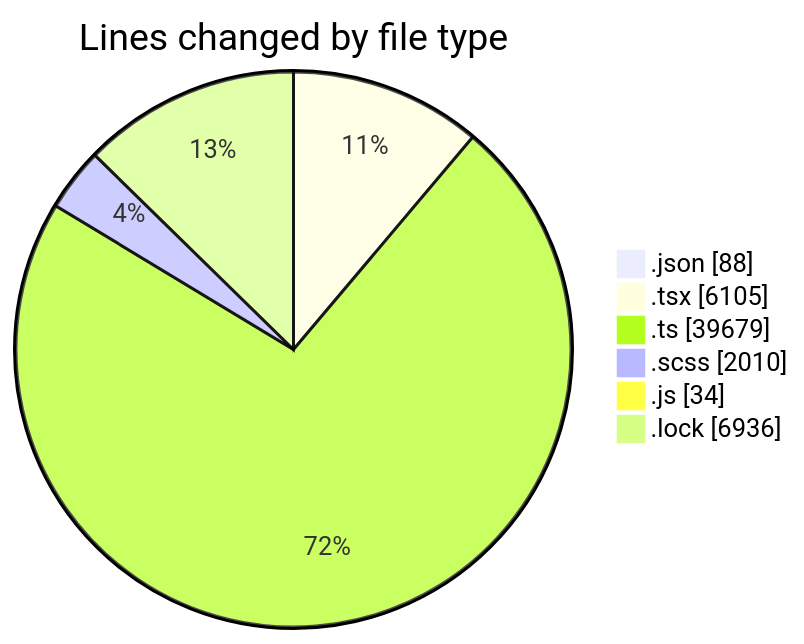
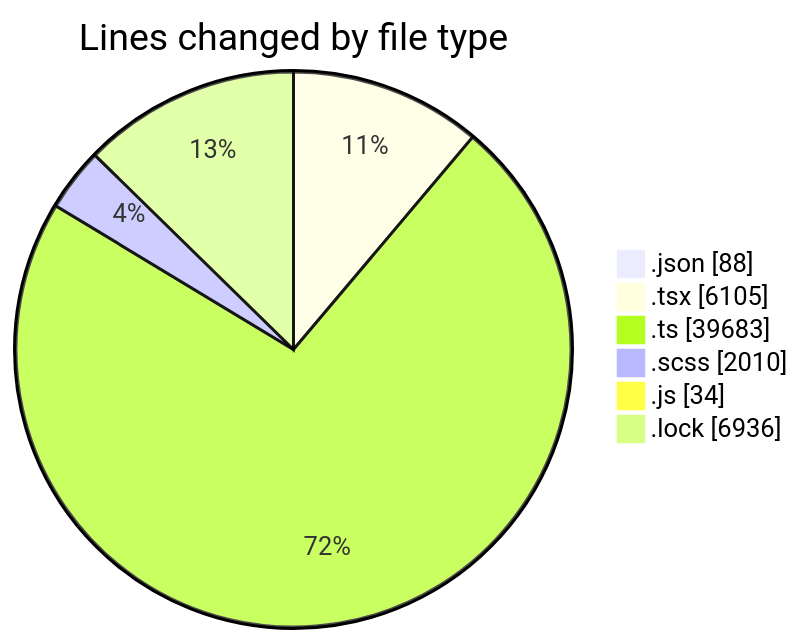
One commit to momahboobian/code-tracking changed the first of 2 diagrams in 2026-10-22/cda/README.md. Above: the diagram before and after it, drawn with Mermaid. The commit also changed other lines of this file and 1 other file, not shown here.

````diff
--- a/2026-10-22/cda/README.md
+++ b/2026-10-22/cda/README.md
@@ -57,10 +57,10 @@
 ```mermaid
 pie showData
 title Lines changed by file type
 ".json" : 88
 ".tsx" : 6105
-".ts" : 39679
+".ts" : 39683
 ".scss" : 2010
 ".js" : 34
 ".lock" : 6936
 ```
````
